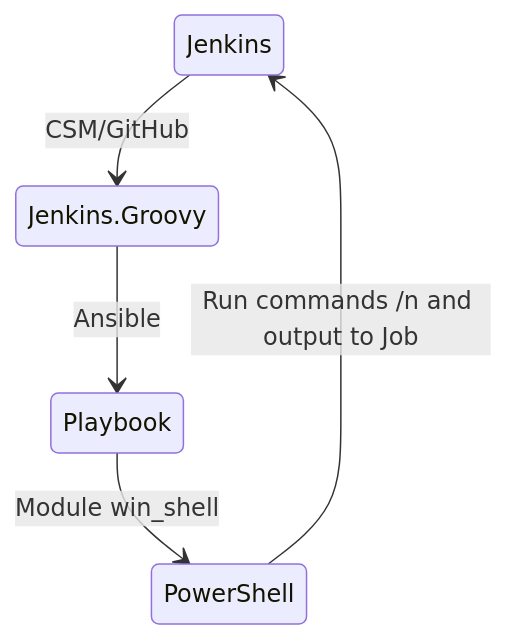
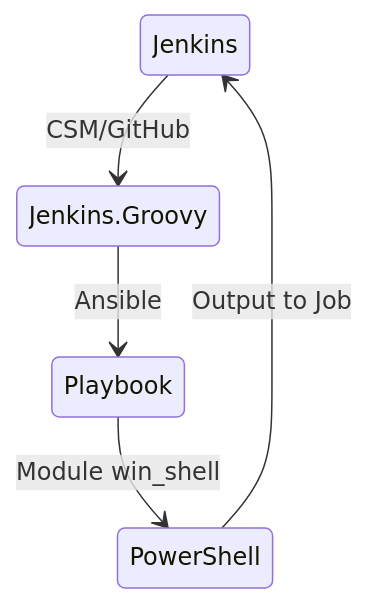
One commit to Lifailon/Deploy-PS-Module changed the diagram in README.md. Above: the diagram before and after it, drawn with Mermaid.

Commit message:
test state

````diff
--- a/README.md
+++ b/README.md
@@ -7,7 +7,7 @@
 ```mermaid
 stateDiagram-v2
     Jenkins --> Jenkins.Groovy: CSM/GitHub
     Jenkins.Groovy --> Playbook: Ansible
     Playbook --> PowerShell: Module win_shell
-    PowerShell --> Jenkins: Run commands /n and output to Job
+    PowerShell --> Jenkins: Output to Job
 ```
````
